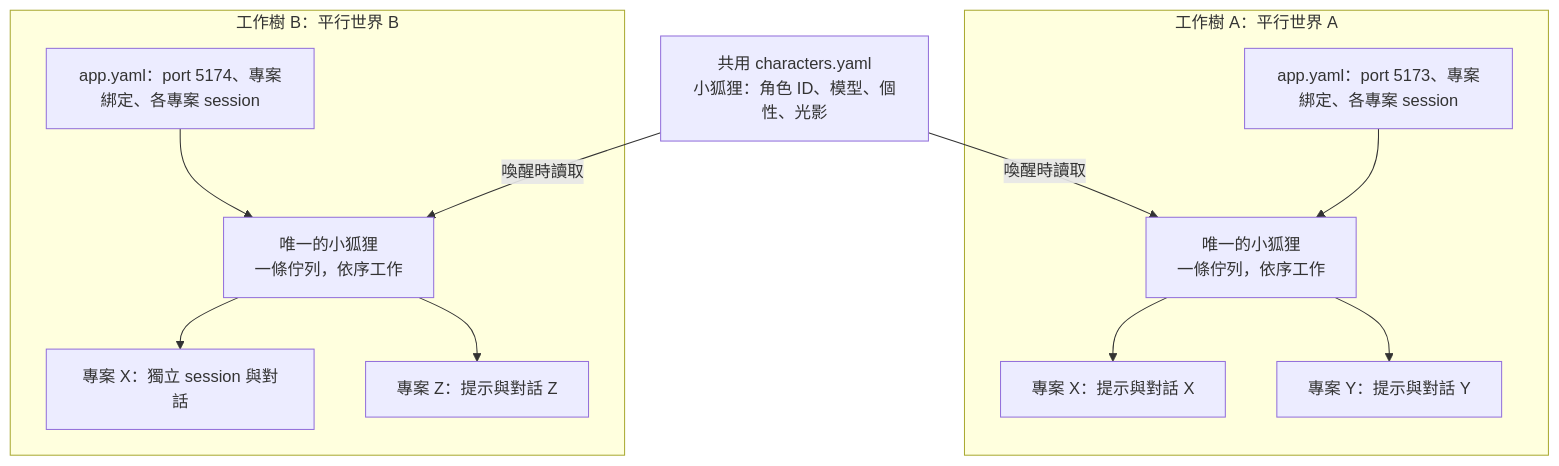
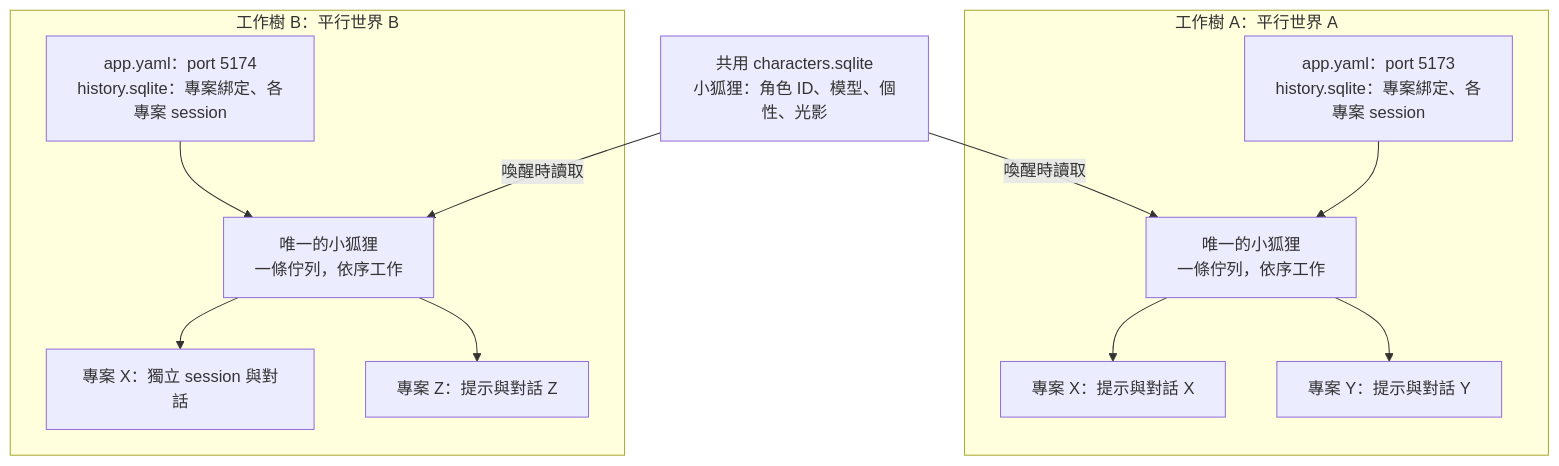
The diagram in docs/SYSTEM-INVENTORY.md (Alex5025/3D-pet), drawn with Mermaid before and after one commit. The commit also changed other lines of this file and 22 other files, not shown here.

````diff
--- a/docs/SYSTEM-INVENTORY.md
+++ b/docs/SYSTEM-INVENTORY.md
@@ -198,24 +198,24 @@
 ```mermaid
 flowchart TB
-  C["共用 characters.yaml<br/>小狐狸：角色 ID、模型、個性、光影"]
+  C["共用 characters.sqlite<br/>小狐狸：角色 ID、模型、個性、光影"]
   subgraph A["工作樹 A：平行世界 A"]
-    AC["app.yaml：port 5173、專案綁定、各專案 session"]
+    AC["app.yaml：port 5173<br/>history.sqlite：專案綁定、各專案 session"]
     AF["唯一的小狐狸<br/>一條佇列，依序工作"]
     AX["專案 X：提示與對話 X"]
     AY["專案 Y：提示與對話 Y"]
     AC --> AF
     AF --> AX
     AF --> AY
   end
   subgraph B["工作樹 B：平行世界 B"]
-    BC["app.yaml：port 5174、專案綁定、各專案 session"]
+    BC["app.yaml：port 5174<br/>history.sqlite：專案綁定、各專案 session"]
     BF["唯一的小狐狸<br/>一條佇列，依序工作"]
     BX["專案 X：獨立 session 與對話"]
     BZ["專案 Z：提示與對話 Z"]
     BC --> BF
     BF --> BX
     BF --> BZ
   end
   C -->|喚醒時讀取| AF
   C -->|喚醒時讀取| BF
 ```
````
